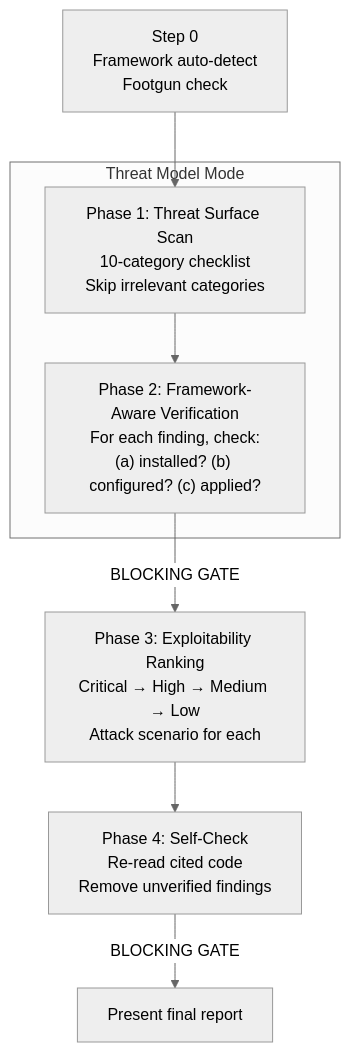
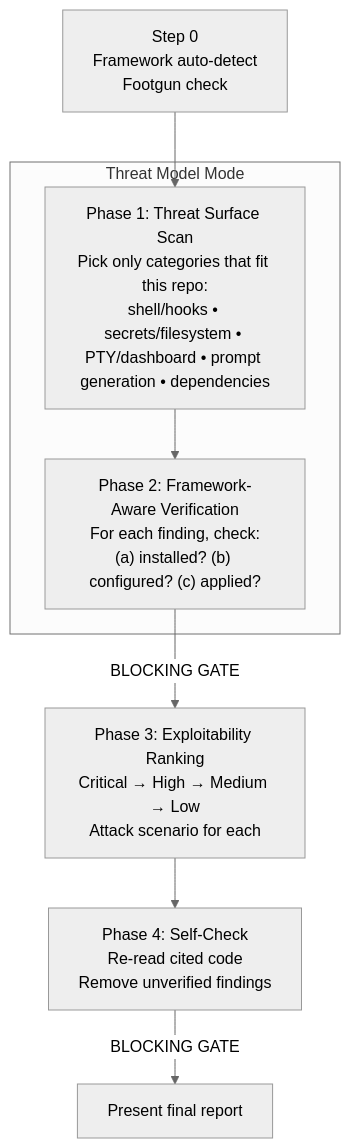
Before and after one commit to runchr-org/goat-flow: the eighth of 9 diagrams in docs/skills.md, drawn with Mermaid (neutral theme). The commit also changed other lines of this file and 33 other files, not shown here.

````diff
--- a/docs/skills.md
+++ b/docs/skills.md
@@ -229,13 +229,13 @@
 ```mermaid
 flowchart TD
     S0["Step 0\nFramework auto-detect\nFootgun check"] --> P1
 
     subgraph ThreatModel["Threat Model Mode"]
-        P1["Phase 1: Threat Surface Scan\n10-category checklist\nSkip irrelevant categories"]
+        P1["Phase 1: Threat Surface Scan\nPick only categories that fit this repo:\nshell/hooks • secrets/filesystem • PTY/dashboard • prompt generation • dependencies"]
         P1 --> P2["Phase 2: Framework-Aware Verification\nFor each finding, check:\n(a) installed? (b) configured? (c) applied?"]
     end
 
     P2 -->|"BLOCKING GATE"| P3["Phase 3: Exploitability Ranking\nCritical → High → Medium → Low\nAttack scenario for each"]
     P3 --> P4["Phase 4: Self-Check\nRe-read cited code\nRemove unverified findings"]
     P4 -->|"BLOCKING GATE"| Close["Present final report"]
 ```
````
